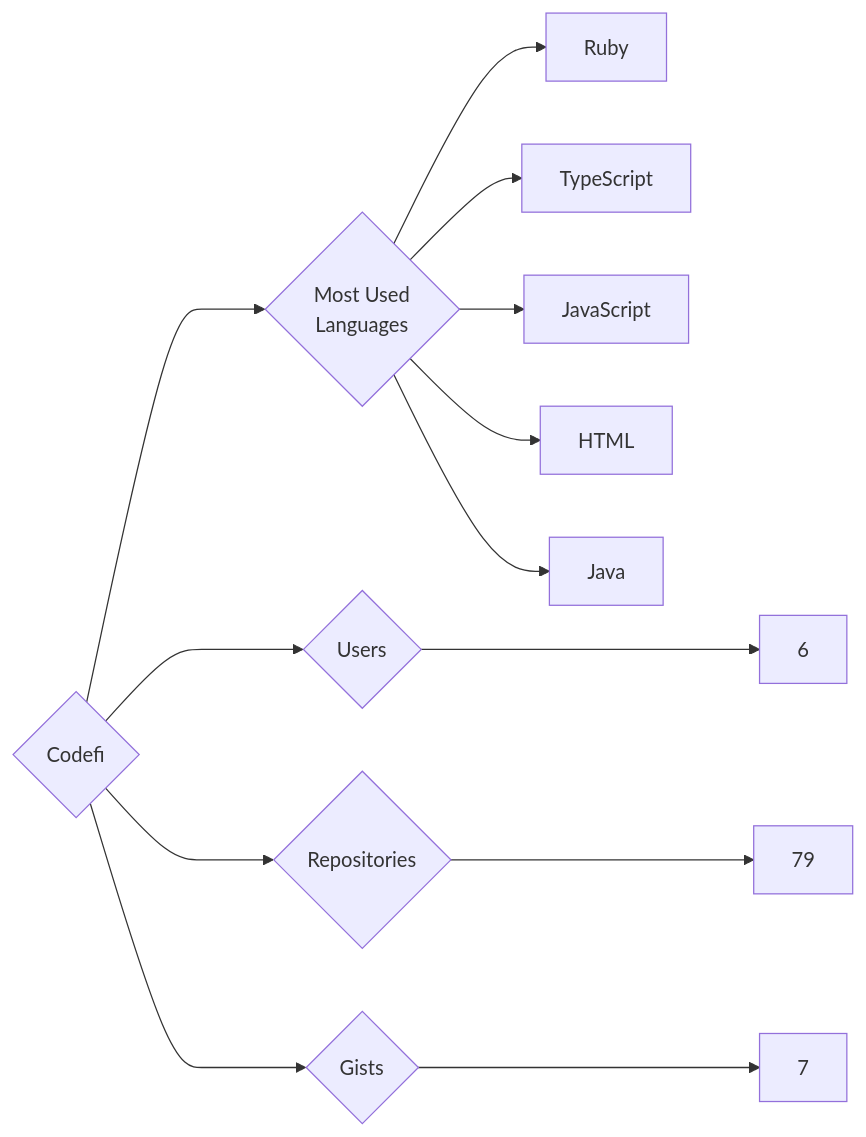
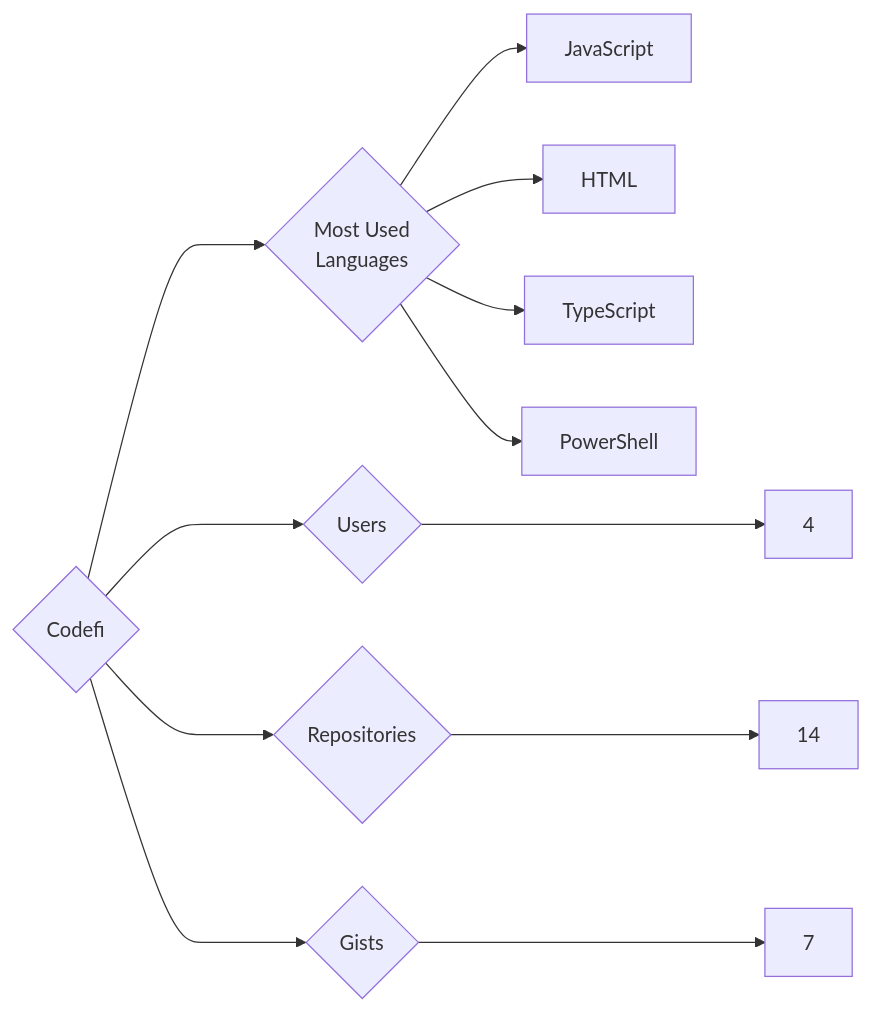
One commit to trickest/insiders changed the diagram in targets/Codefi/README.md. Above: the diagram before and after it, drawn with Mermaid. The commit also changed 553 other files, not shown here.

````diff
--- a/targets/Codefi/README.md
+++ b/targets/Codefi/README.md
@@ -3,13 +3,12 @@
 ```mermaid
 graph LR
 COMPANY_NAME{Codefi}
-COMPANY_NAME ---> U{Users} ---> UN[6]
-COMPANY_NAME ---> R{Repositories} ---> RN[79]
+COMPANY_NAME ---> U{Users} ---> UN[4]
+COMPANY_NAME ---> R{Repositories} ---> RN[14]
 COMPANY_NAME ---> G{Gists} ---> GN[7]
 COMPANY_NAME ---> ML{Most Used<br>Languages}
-ML --> Ruby[Ruby]
-ML --> TypeScript[TypeScript]
 ML --> JavaScript[JavaScript]
 ML --> HTML[HTML]
-ML --> Java[Java]
+ML --> TypeScript[TypeScript]
+ML --> PowerShell[PowerShell]
 ```
````
